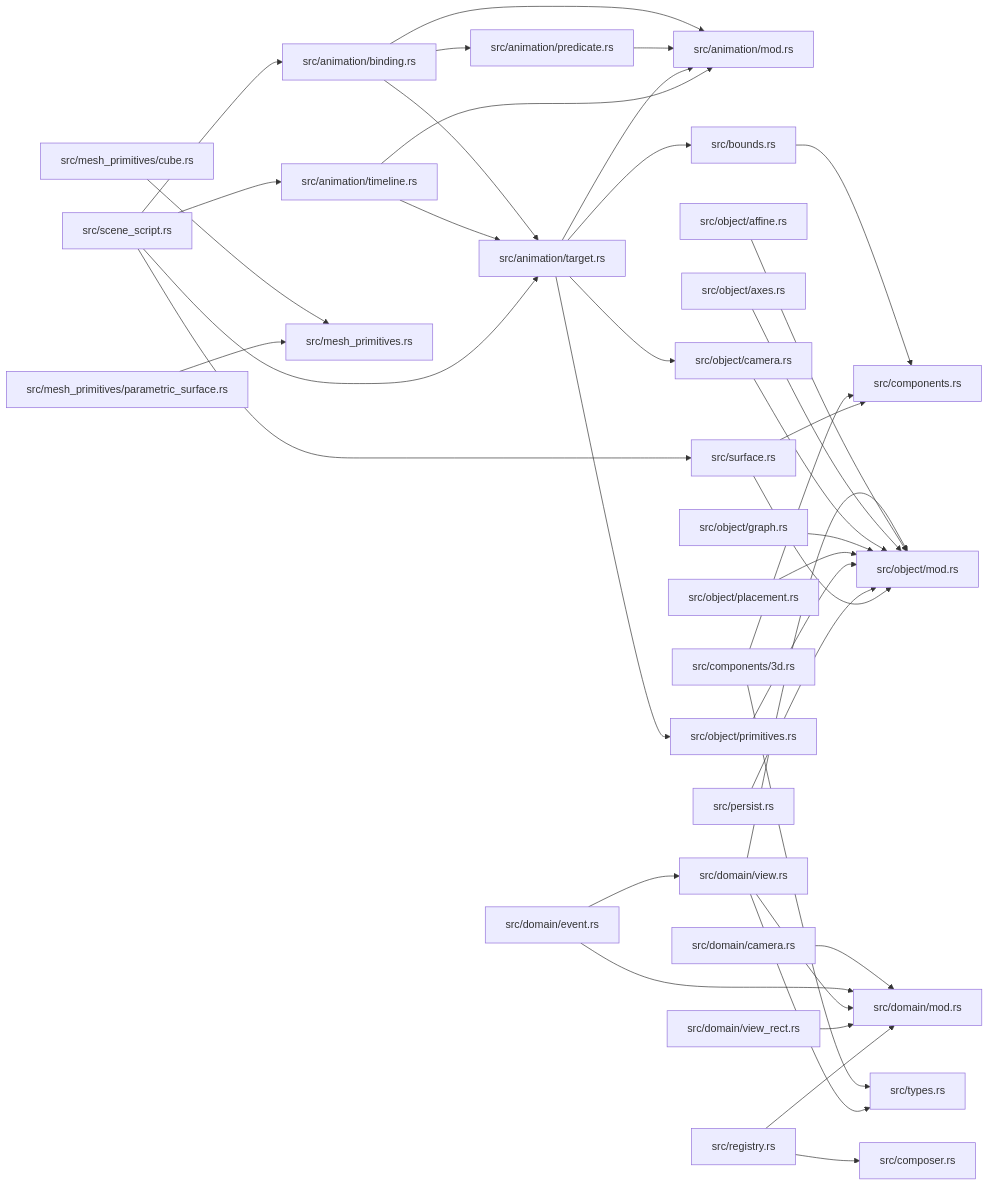
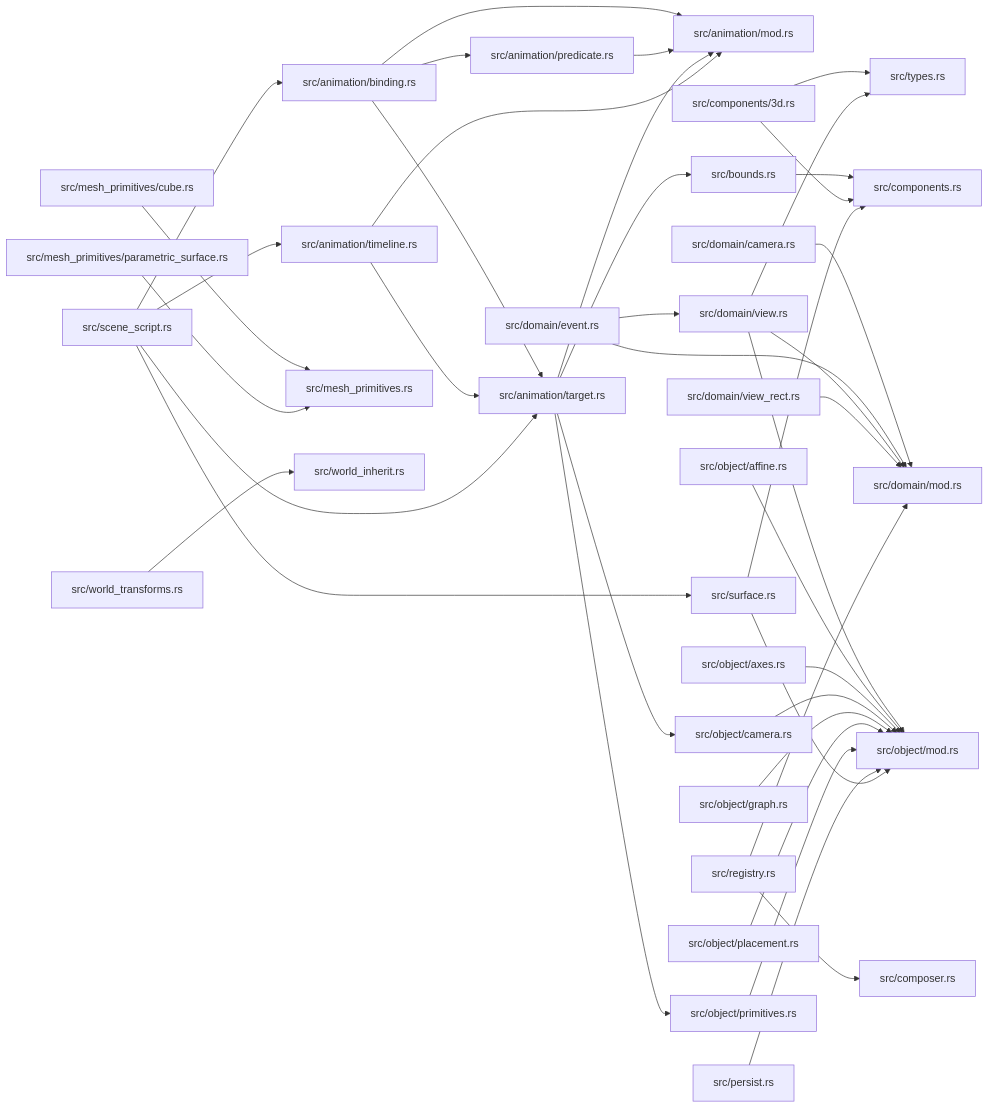
Before and after one commit to xcrtp/zela: the diagram in docs/modules/ze-scene-core.md, drawn with Mermaid. The commit also changed other lines of this file and 31 other files, not shown here.

````diff
--- a/docs/modules/ze-scene-core.md
+++ b/docs/modules/ze-scene-core.md
@@ -64,69 +65,72 @@
 ```mermaid
 graph LR
     f0["src/animation/binding.rs"]
     f1["src/animation/mod.rs"]
     f2["src/animation/predicate.rs"]
     f3["src/animation/target.rs"]
     f7["src/animation/timeline.rs"]
     f4["src/bounds.rs"]
     f8["src/components.rs"]
     f9["src/components/3d.rs"]
     f26["src/composer.rs"]
     f11["src/domain/camera.rs"]
     f13["src/domain/event.rs"]
     f12["src/domain/mod.rs"]
     f14["src/domain/view.rs"]
     f16["src/domain/view_rect.rs"]
     f18["src/mesh_primitives.rs"]
     f17["src/mesh_primitives/cube.rs"]
     f19["src/mesh_primitives/parametric_surface.rs"]
     f20["src/object/affine.rs"]
     f21["src/object/axes.rs"]
     f5["src/object/camera.rs"]
     f22["src/object/graph.rs"]
     f15["src/object/mod.rs"]
     f23["src/object/placement.rs"]
     f6["src/object/primitives.rs"]
     f24["src/persist.rs"]
     f25["src/registry.rs"]
     f27["src/scene_script.rs"]
     f28["src/surface.rs"]
     f10["src/types.rs"]
+    f30["src/world_inherit.rs"]
+    f29["src/world_transforms.rs"]
     f0 --> f1
     f0 --> f2
     f0 --> f3
     f2 --> f1
     f3 --> f1
     f3 --> f4
     f3 --> f5
     f3 --> f6
     f7 --> f1
     f7 --> f3
     f4 --> f8
     f9 --> f8
     f9 --> f10
     f11 --> f12
     f13 --> f12
     f13 --> f14
     f14 --> f12
     f14 --> f15
     f14 --> f10
     f16 --> f12
     f17 --> f18
     f19 --> f18
     f20 --> f15
     f21 --> f15
     f5 --> f15
     f22 --> f15
     f23 --> f15
     f6 --> f15
     f24 --> f15
     f25 --> f26
     f25 --> f12
     f27 --> f0
     f27 --> f3
     f27 --> f7
     f27 --> f28
     f28 --> f8
     f28 --> f15
+    f29 --> f30
 ```
````
